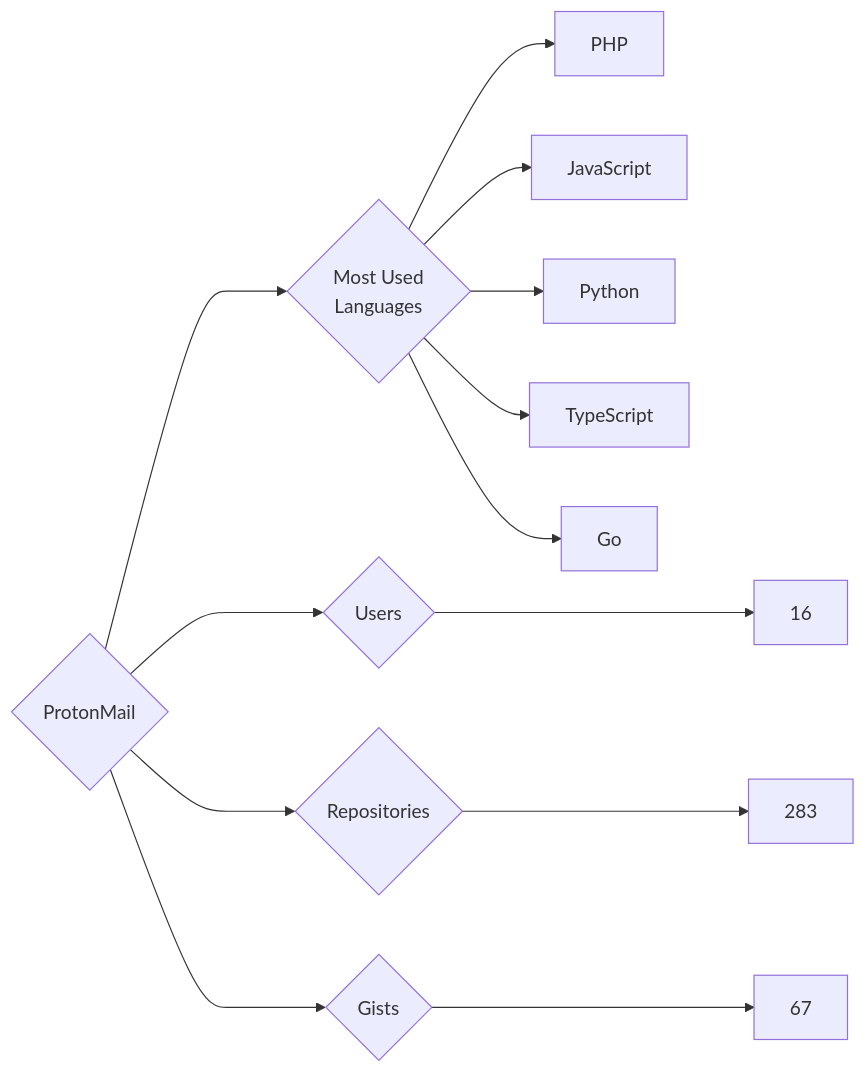
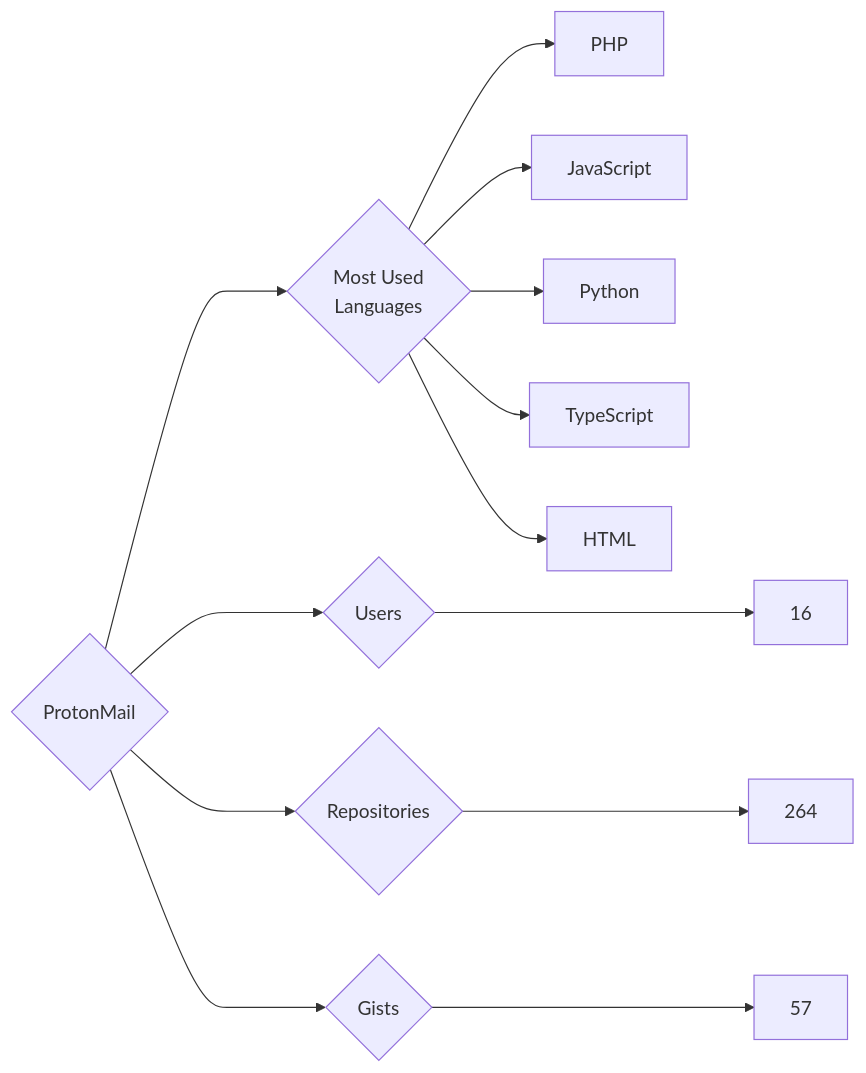
One commit to trickest/insiders changed the diagram in targets/ProtonMail/README.md. Above: the diagram before and after it, drawn with Mermaid. The commit also changed 939 other files, not shown here.

````diff
--- a/targets/ProtonMail/README.md
+++ b/targets/ProtonMail/README.md
@@ -3,13 +3,13 @@
 ```mermaid
 graph LR
 COMPANY_NAME{ProtonMail}
 COMPANY_NAME ---> U{Users} ---> UN[16]
-COMPANY_NAME ---> R{Repositories} ---> RN[283]
-COMPANY_NAME ---> G{Gists} ---> GN[67]
+COMPANY_NAME ---> R{Repositories} ---> RN[264]
+COMPANY_NAME ---> G{Gists} ---> GN[57]
 COMPANY_NAME ---> ML{Most Used<br>Languages}
 ML --> PHP[PHP]
 ML --> JavaScript[JavaScript]
 ML --> Python[Python]
 ML --> TypeScript[TypeScript]
-ML --> Go[Go]
+ML --> HTML[HTML]
 ```
````
